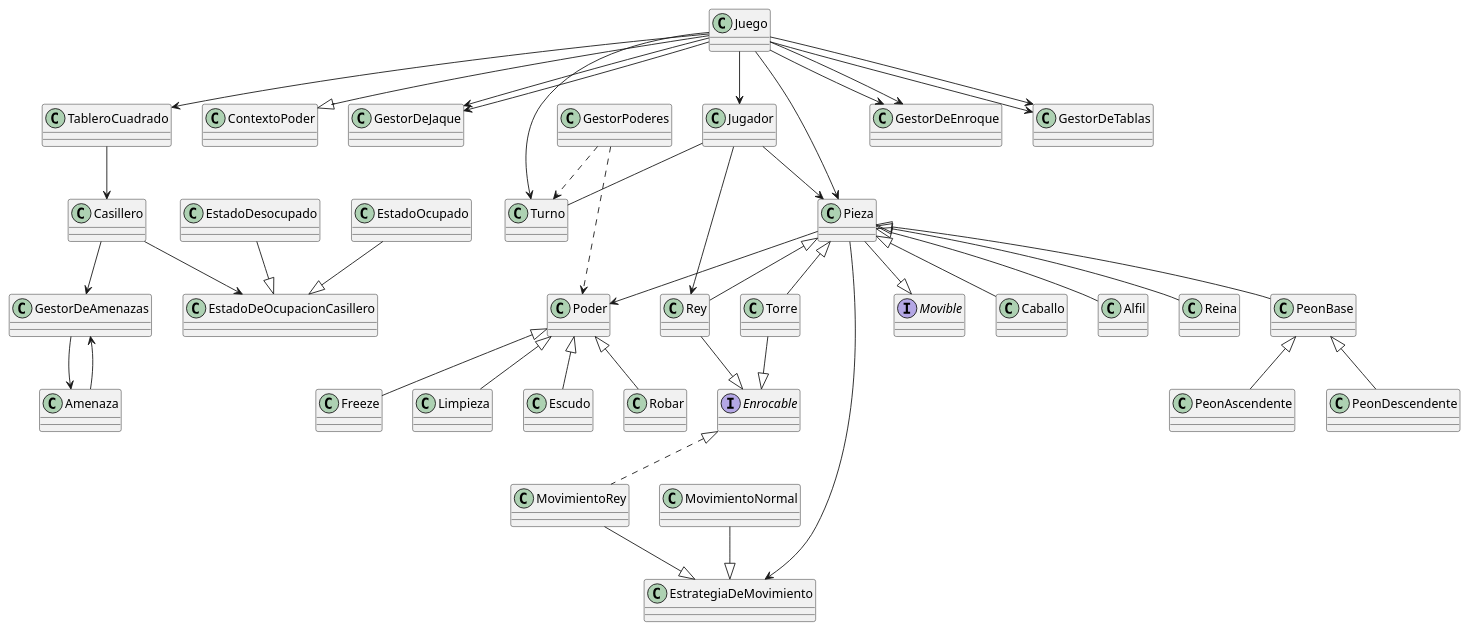
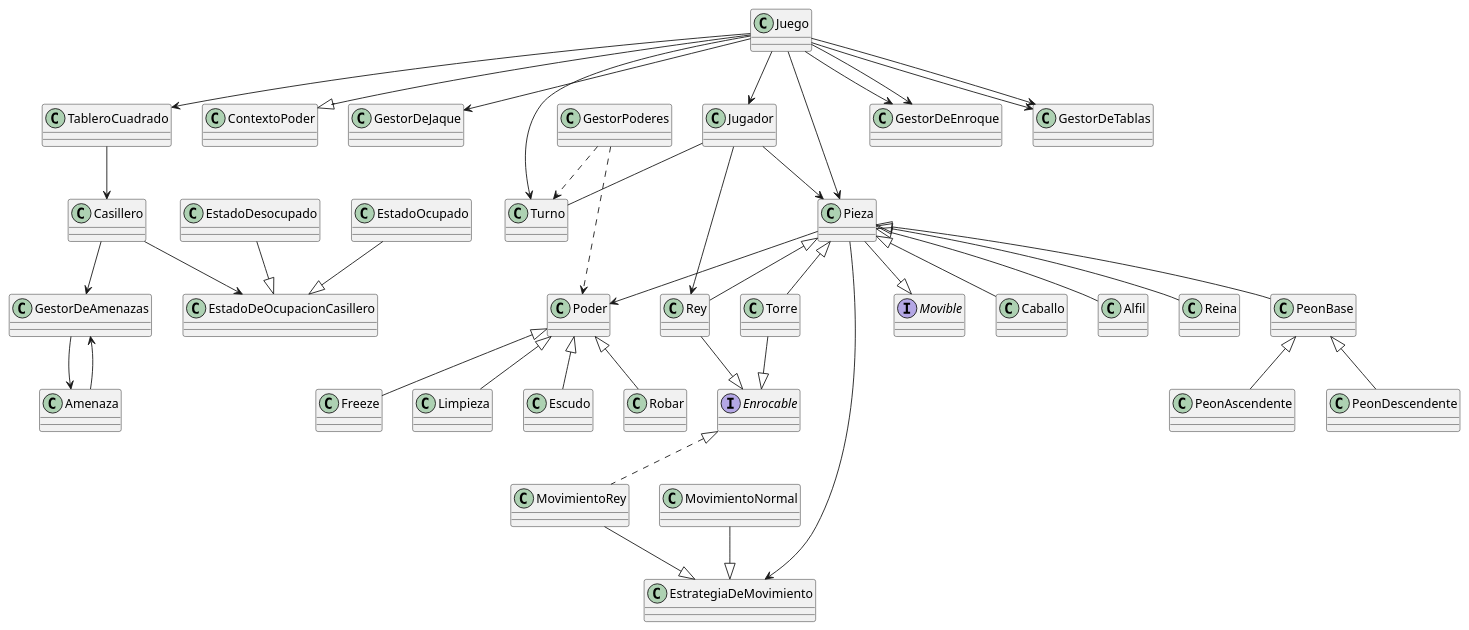
Before and after one commit to WariasGit/TP-PowerChess-FIUBA: the diagram in TP1-PoweChess/src/DIagramaClase.puml, drawn with PlantUML. The commit also changed 1 other file, not shown here.

```diff
--- a/TP1-PoweChess/src/DIagramaClase.puml
+++ b/TP1-PoweChess/src/DIagramaClase.puml
@@ -1,88 +1,87 @@
 @startuml
 
 
 class Casillero
 class ContextoPoder
 class GestorPoderes
 class GestorDeJaque
 class Juego
 class Jugador
 interface Enrocable
 class GestorDeEnroque
 class GestorDeTablas
 class EstrategiaDeMovimiento
 class MovimientoRey
 class MovimientoNormal
 class GestorDeAmenazas
 class Turno
 class Amenaza
 class Poder
 class Freeze
 class Limpieza
 class Escudo
 class Robar
 class TableroCuadrado
 class EstadoDeOcupacionCasillero
 class EstadoDesocupado
 class EstadoOcupado
 interface Movible
 class Pieza
 class Caballo
 class Alfil
 class Reina
 class PeonBase
 class Torre
 class Rey
 class PeonAscendente
 class PeonDescendente
 
 
 MovimientoRey --|> EstrategiaDeMovimiento
 MovimientoNormal --|> EstrategiaDeMovimiento
 EstadoDesocupado --|> EstadoDeOcupacionCasillero
 EstadoOcupado --|> EstadoDeOcupacionCasillero
 Pieza <|-- Caballo
 Pieza <|-- Alfil
 Pieza <|-- Reina
 Pieza <|-- Torre
 Pieza <|-- Rey
 Pieza <|-- PeonBase
 PeonBase <|-- PeonAscendente
 PeonBase <|-- PeonDescendente
 Rey --|> Enrocable
 Torre --|> Enrocable
 
 ' Ejemplo de asociaciones (ajusta estas relaciones según el diagrama)
 Poder <|-- Freeze
 Poder <|-- Escudo
 Poder <|-- Limpieza
 Poder <|-- Robar
 
 Jugador -- Turno
 Pieza --> EstrategiaDeMovimiento
 Juego --> GestorDeTablas
-Juego --> GestorDeJaque
 Juego --> GestorDeEnroque
 Juego --> Turno
 Juego --> TableroCuadrado
 Juego --> Pieza
 Juego --> Jugador
 GestorDeAmenazas --> Amenaza
 Jugador --> Rey
 Jugador --> Pieza
 Juego --|> ContextoPoder
 Enrocable <|.. MovimientoRey
 Pieza  --|> Movible
 TableroCuadrado --> Casillero
 Casillero --> EstadoDeOcupacionCasillero
 Casillero --> GestorDeAmenazas
 Pieza --> Poder
 Amenaza --> GestorDeAmenazas
 Juego --> GestorDeTablas
 Juego --> GestorDeJaque
 Juego --> GestorDeEnroque
 GestorPoderes ..> Poder
 GestorPoderes ..> Turno
 
 
 @enduml
```
